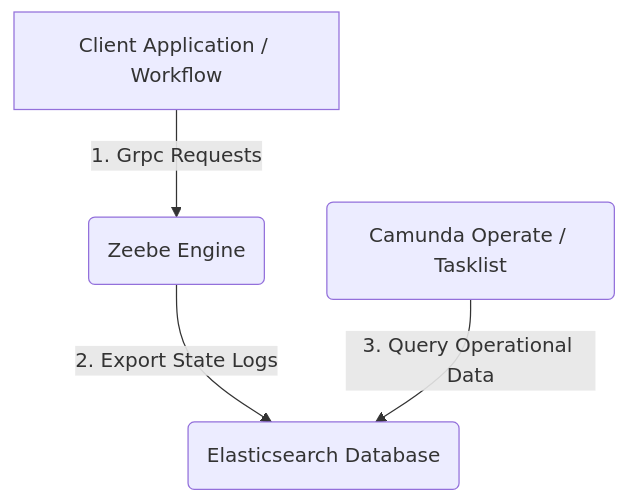
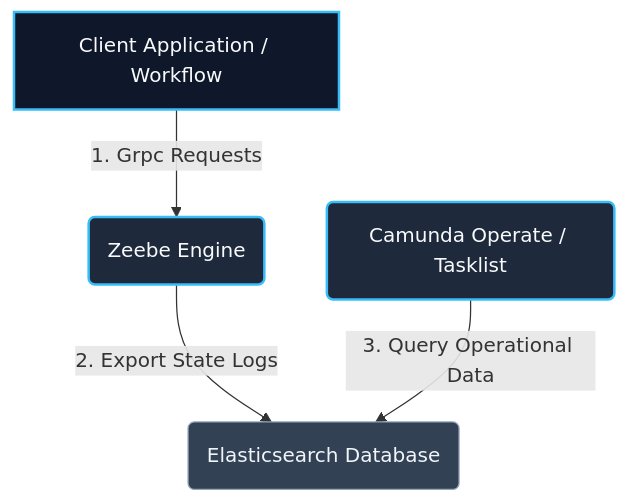
One commit to qnang5284/qnang5284.github.io changed the diagram in docs/docker-quickstart/docker-quickstart.md. Above: the diagram before and after it, drawn with Mermaid. The commit also changed other lines of this file, not shown here.

Commit message:
docs (camunda): mermaid block to show component interaction.

````diff
--- a/docs/docker-quickstart/docker-quickstart.md
+++ b/docs/docker-quickstart/docker-quickstart.md
@@ -24,6 +25,12 @@
-:::mermaid
+```mermaid
 graph TD
     A[Client Application / Workflow] -->|1. Grpc Requests| B(Zeebe Engine)
     B -->|2. Export State Logs| C(Elasticsearch Database)
     D(Camunda Operate / Tasklist) -->|3. Query Operational Data| C
-:::
+
+    %% Inyección manual de estilos de alto contraste %%
+    style A fill:#0F172A,stroke:#38BDF8,stroke-width:2px,color:#F8FAFC
+    style B fill:#1E293B,stroke:#38BDF8,stroke-width:2px,color:#F8FAFC
+    style D fill:#1E293B,stroke:#38BDF8,stroke-width:2px,color:#F8FAFC
+    style C fill:#334155,stroke:#94A3B8,stroke-width:1px,color:#F1F5F9
+```
````
